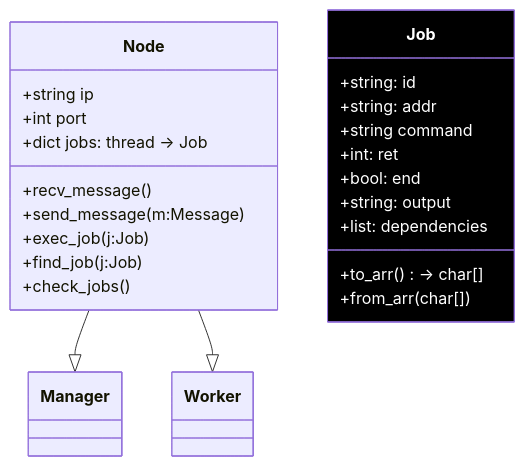
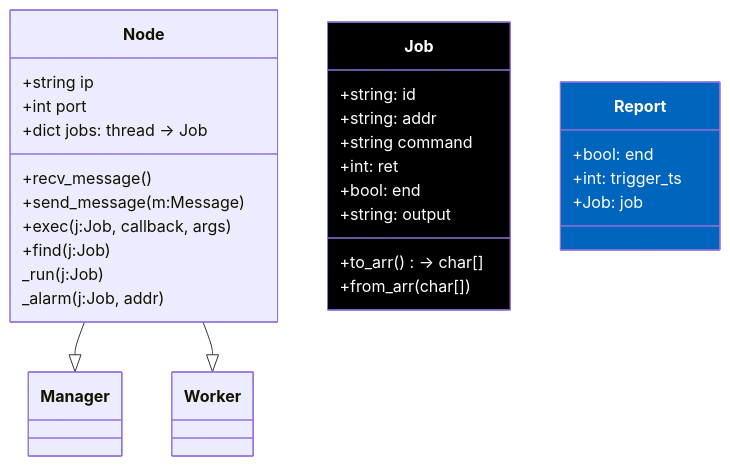
Before and after one commit to duclos-cavalcanti/TreeBuilder: the first of 4 diagrams in docs/slidev/slides/Jobs.md, drawn with Mermaid. The commit also changed other lines of this file and 1 other file, not shown here.

````diff
--- a/docs/slidev/slides/Jobs.md
+++ b/docs/slidev/slides/Jobs.md
@@ -20,40 +20,48 @@
 ```mermaid
 classDiagram
     class Node{
             +string ip
             +int port
             +dict jobs: thread -> Job
 
             +recv_message()
             +send_message(m:Message)
-            +exec_job(j:Job)
-            +find_job(j:Job)
-            +check_jobs()
+            +exec(j:Job, callback, args)
+            +find(j:Job)
+
+            _run(j:Job)
+            _alarm(j:Job, addr)
     }
 
     class Manager{
     }
 
     class Worker{
     }
 
     class Job{
             +string: id
             +string: addr
 
             +string command
             +int: ret
             +bool: end
             +string: output
-            +list: dependencies
 
             +to_arr() -> char[]
             +from_arr(char[])
+    }
+
+    class Report{
+            +bool: end
+            +int: trigger_ts
+            +Job: job
     }
 
 
     Node --|> Manager
     Node --|> Worker
 
     style Job fill:#000000,color:#fff
+    style Report fill:#0065BD,color:#fff
 ```
````
